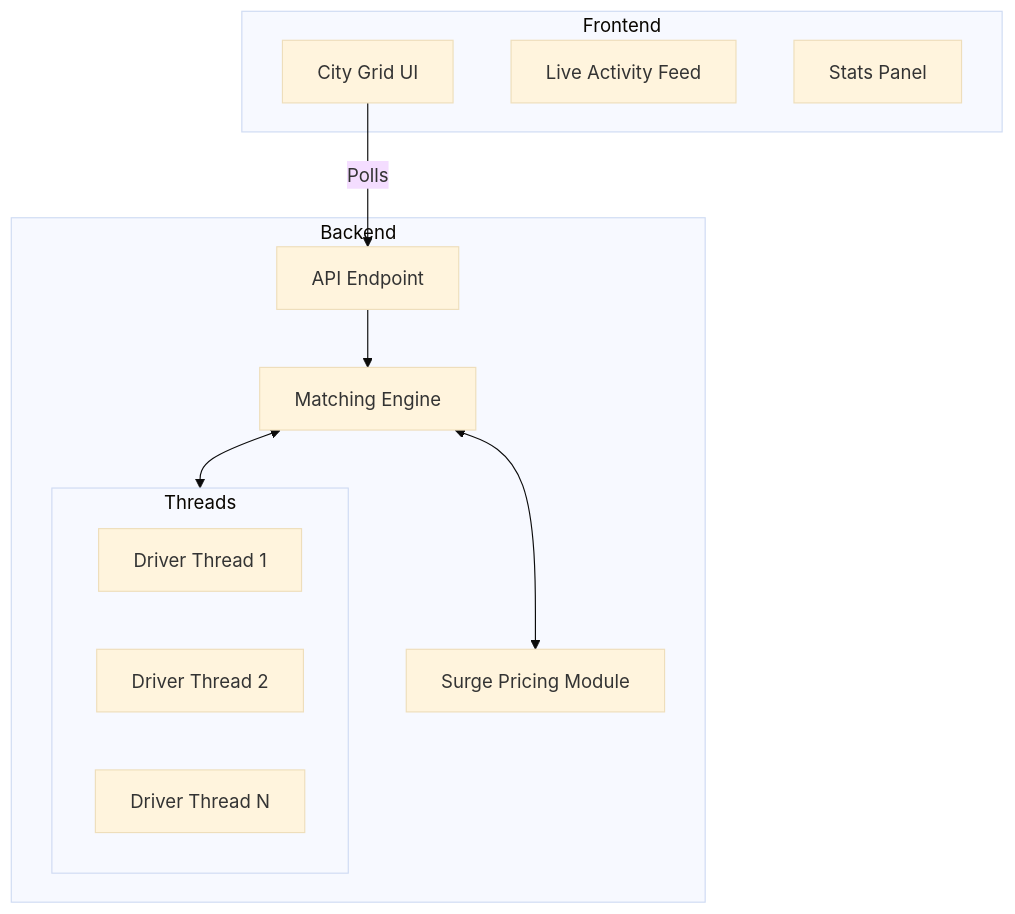
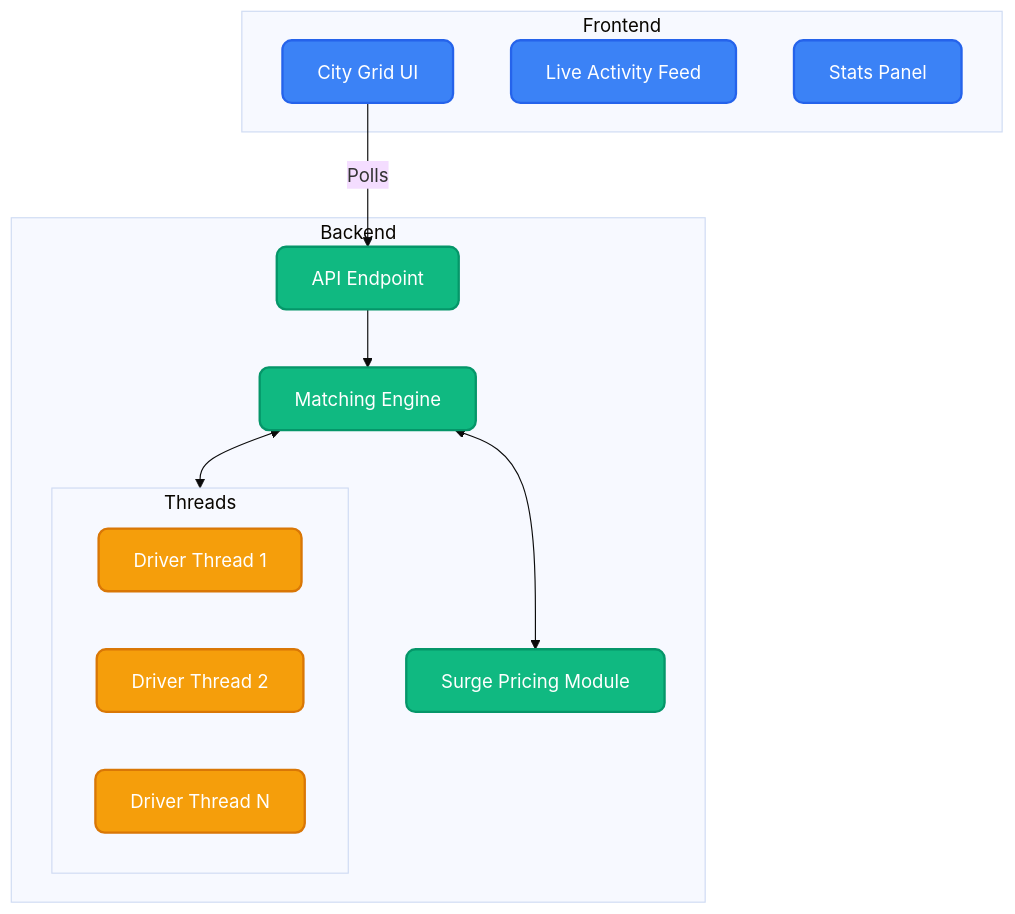
Before and after one commit to shubhamgupta407/RideSync-A-Real-Time-Multi-threaded-Ride-Dispatch-and-Surge-Pricing-Engine.: the diagram in README.md, drawn with Mermaid (base theme). The commit also changed 2 other files, not shown here.

Commit message:
Feat: Connect frontend to C++ backend and beautify README

````diff
--- a/README.md
+++ b/README.md
@@ -11,25 +11,29 @@
 ```mermaid
 graph TD
+    classDef frontend fill:#3b82f6,stroke:#2563eb,stroke-width:2px,color:#fff,rx:8px
+    classDef backend fill:#10b981,stroke:#059669,stroke-width:2px,color:#fff,rx:8px
+    classDef thread fill:#f59e0b,stroke:#d97706,stroke-width:2px,color:#fff,rx:8px
+
     subgraph Frontend
-        UI[City Grid UI]
-        Feed[Live Activity Feed]
-        Stats[Stats Panel]
+        UI[City Grid UI]:::frontend
+        Feed[Live Activity Feed]:::frontend
+        Stats[Stats Panel]:::frontend
     end
 
     subgraph Backend
-        API[API Endpoint]
-        Match[Matching Engine]
-        Surge[Surge Pricing Module]
+        API[API Endpoint]:::backend
+        Match[Matching Engine]:::backend
+        Surge[Surge Pricing Module]:::backend
         
         subgraph Threads
-            T1[Driver Thread 1]
-            T2[Driver Thread 2]
-            T3[Driver Thread N]
+            T1[Driver Thread 1]:::thread
+            T2[Driver Thread 2]:::thread
+            T3[Driver Thread N]:::thread
         end
     end
 
     UI -->|Polls| API
     API --> Match
     Match <--> Threads
     Match <--> Surge
 ```
````
